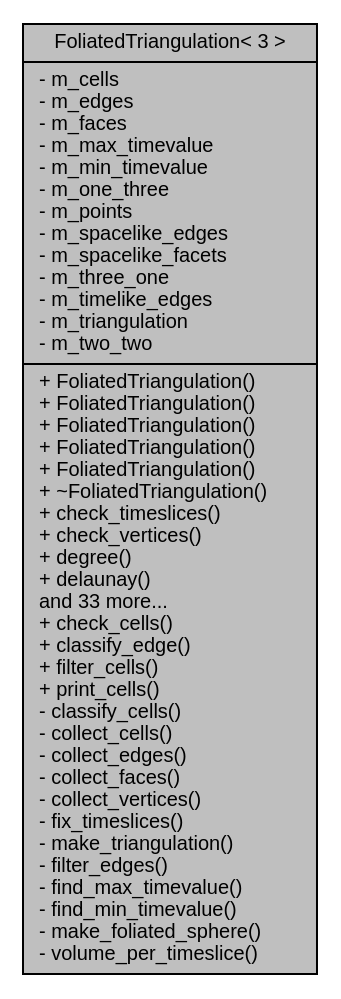
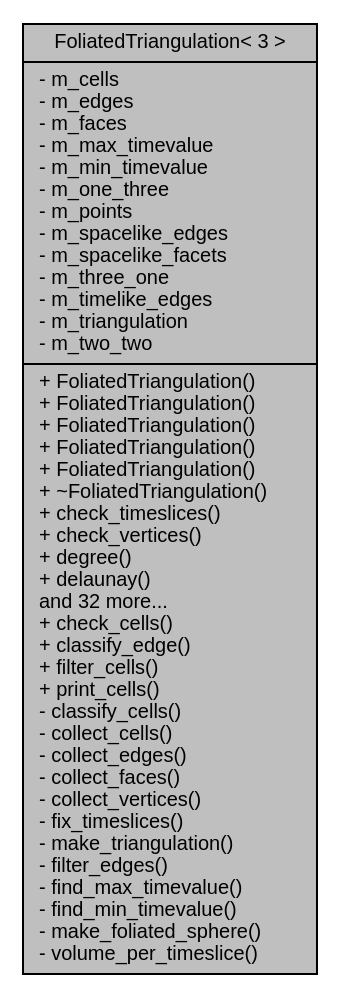
Before and after one commit to acgetchell/CDT-plusplus: the diagram in class_foliated_triangulation_3_013_01_4__coll__graph.dot, drawn with Graphviz. The commit also changed 262 other files, not shown here.

```diff
--- a/class_foliated_triangulation_3_013_01_4__coll__graph.dot
+++ b/class_foliated_triangulation_3_013_01_4__coll__graph.dot
@@ -1,7 +1,7 @@
 digraph "FoliatedTriangulation&lt; 3 &gt;"
 {
  // LATEX_PDF_SIZE
   edge [fontname="Helvetica",fontsize="10",labelfontname="Helvetica",labelfontsize="10"];
   node [fontname="Helvetica",fontsize="10",shape=record];
-  Node1 [label="{FoliatedTriangulation\< 3 \>\n|- m_cells\l- m_edges\l- m_faces\l- m_max_timevalue\l- m_min_timevalue\l- m_one_three\l- m_points\l- m_spacelike_edges\l- m_spacelike_facets\l- m_three_one\l- m_timelike_edges\l- m_triangulation\l- m_two_two\l|+ FoliatedTriangulation()\l+ FoliatedTriangulation()\l+ FoliatedTriangulation()\l+ FoliatedTriangulation()\l+ FoliatedTriangulation()\l+ ~FoliatedTriangulation()\l+ check_timeslices()\l+ check_vertices()\l+ degree()\l+ delaunay()\land 33 more...\l+ check_cells()\l+ classify_edge()\l+ filter_cells()\l+ print_cells()\l- classify_cells()\l- collect_cells()\l- collect_edges()\l- collect_faces()\l- collect_vertices()\l- fix_timeslices()\l- make_triangulation()\l- filter_edges()\l- find_max_timevalue()\l- find_min_timevalue()\l- make_foliated_sphere()\l- volume_per_timeslice()\l}",height=0.2,width=0.4,color="black", fillcolor="grey75", style="filled", fontcolor="black",tooltip="3D Triangulation"];
+  Node1 [label="{FoliatedTriangulation\< 3 \>\n|- m_cells\l- m_edges\l- m_faces\l- m_max_timevalue\l- m_min_timevalue\l- m_one_three\l- m_points\l- m_spacelike_edges\l- m_spacelike_facets\l- m_three_one\l- m_timelike_edges\l- m_triangulation\l- m_two_two\l|+ FoliatedTriangulation()\l+ FoliatedTriangulation()\l+ FoliatedTriangulation()\l+ FoliatedTriangulation()\l+ FoliatedTriangulation()\l+ ~FoliatedTriangulation()\l+ check_timeslices()\l+ check_vertices()\l+ degree()\l+ delaunay()\land 32 more...\l+ check_cells()\l+ classify_edge()\l+ filter_cells()\l+ print_cells()\l- classify_cells()\l- collect_cells()\l- collect_edges()\l- collect_faces()\l- collect_vertices()\l- fix_timeslices()\l- make_triangulation()\l- filter_edges()\l- find_max_timevalue()\l- find_min_timevalue()\l- make_foliated_sphere()\l- volume_per_timeslice()\l}",height=0.2,width=0.4,color="black", fillcolor="grey75", style="filled", fontcolor="black",tooltip="3D Triangulation"];
 }
```
